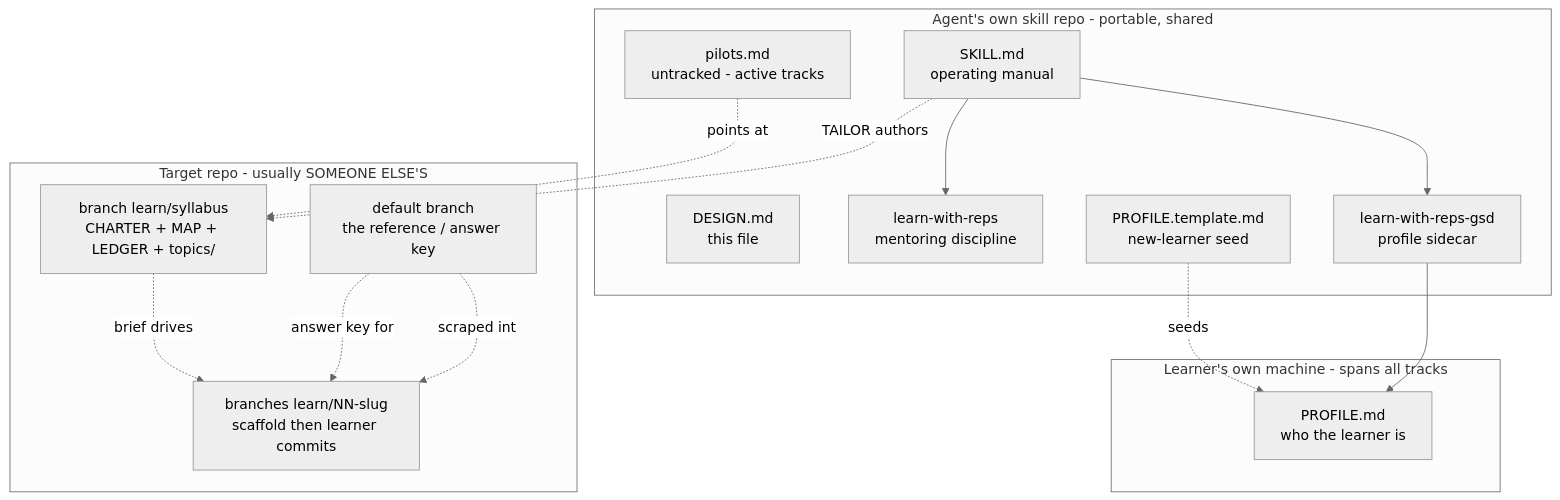
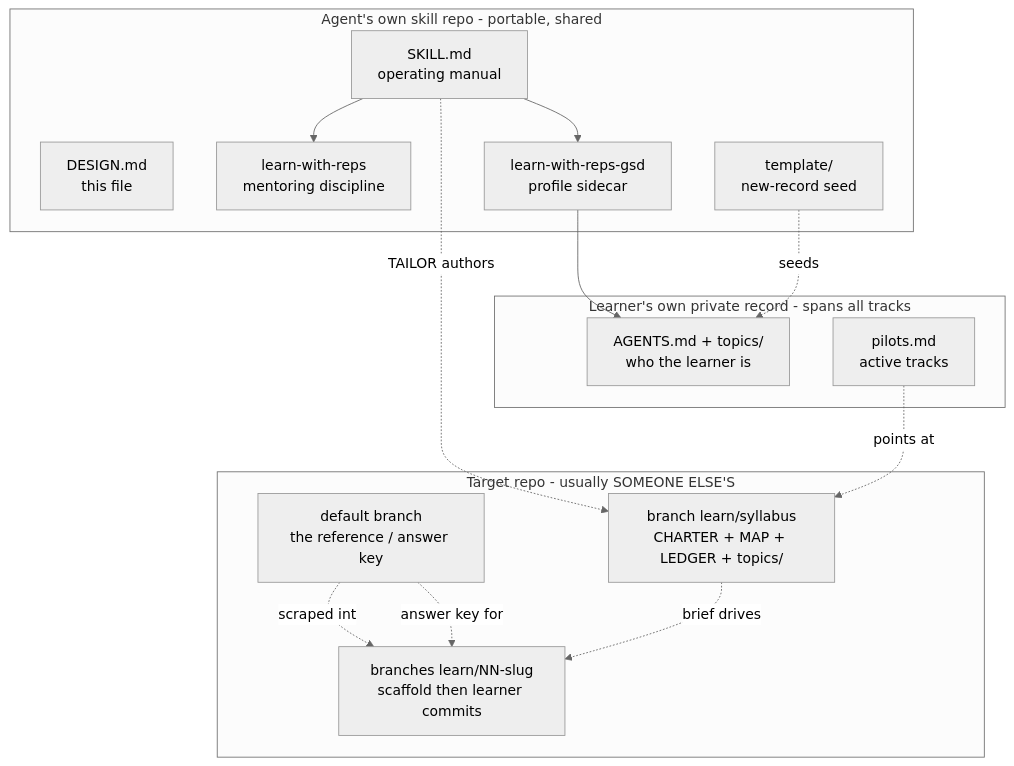
One commit to luutuankiet/learn-with-feedback-loop changed the first of 5 diagrams in skills/rebuild-to-own/DESIGN.md. Above: the diagram before and after it, drawn with Mermaid (neutral theme). The commit also changed 13 other files, not shown here.

````diff
--- a/skills/rebuild-to-own/DESIGN.md
+++ b/skills/rebuild-to-own/DESIGN.md
@@ -42,28 +42,28 @@
 ```mermaid
 graph TD
   subgraph agent["Agent's own skill repo - portable, shared"]
     S[SKILL.md<br/>operating manual]
     D[DESIGN.md<br/>this file]
     LWR[learn-with-reps<br/>mentoring discipline]
     GSD[learn-with-reps-gsd<br/>profile sidecar]
-    T[PROFILE.template.md<br/>new-learner seed]
-    P[pilots.md<br/>untracked - active tracks]
+    T[template/<br/>new-record seed]
   end
-  subgraph learner["Learner's own machine - spans all tracks"]
-    PROF[PROFILE.md<br/>who the learner is]
+  subgraph learner["Learner's own private record - spans all tracks"]
+    PROF[AGENTS.md + topics/<br/>who the learner is]
+    P[pilots.md<br/>active tracks]
   end
   subgraph target["Target repo - usually SOMEONE ELSE'S"]
     MAIN[default branch<br/>the reference / answer key]
     SYL[branch learn/syllabus<br/>CHARTER + MAP + LEDGER + topics/]
     EX[branches learn/NN-slug<br/>scaffold then learner commits]
   end
   S --> LWR
   S --> GSD
   GSD --> PROF
   T -.seeds.-> PROF
   S -.TAILOR authors.-> SYL
   MAIN -.scraped into.-> EX
   MAIN -.answer key for.-> EX
   SYL -.brief drives.-> EX
   P -.points at.-> SYL
 ```
````
